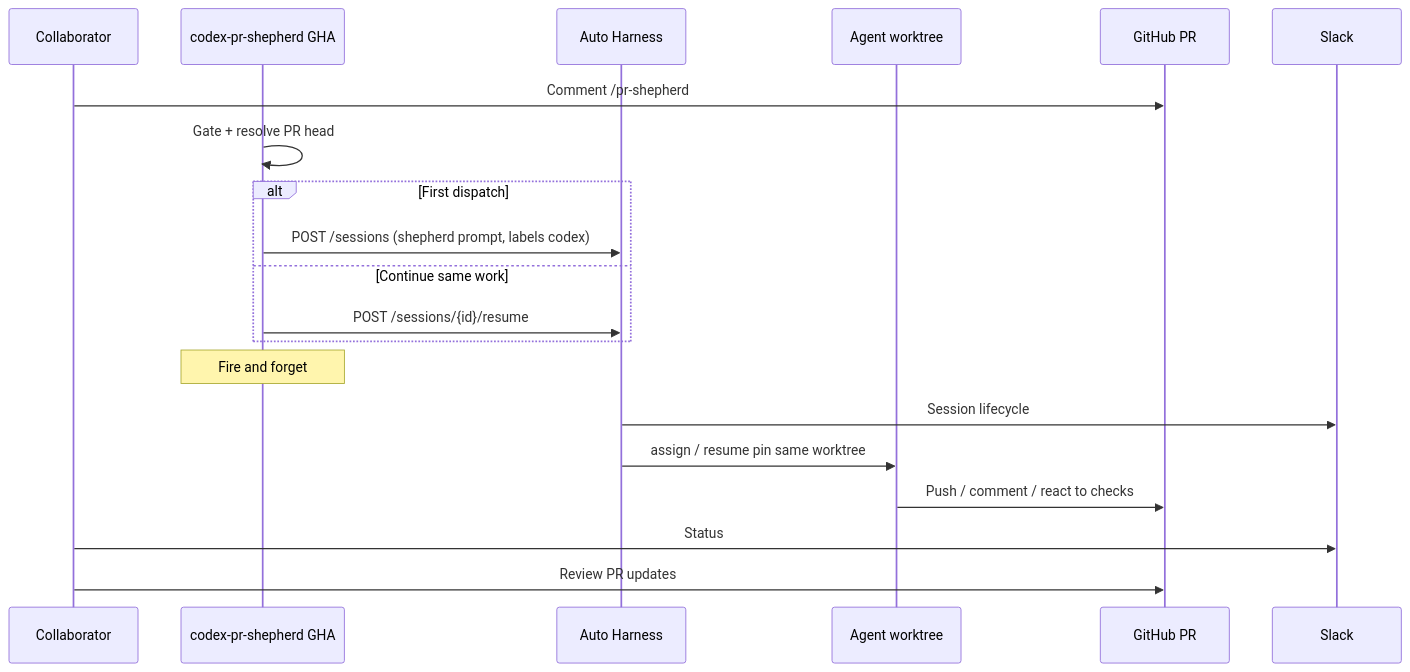
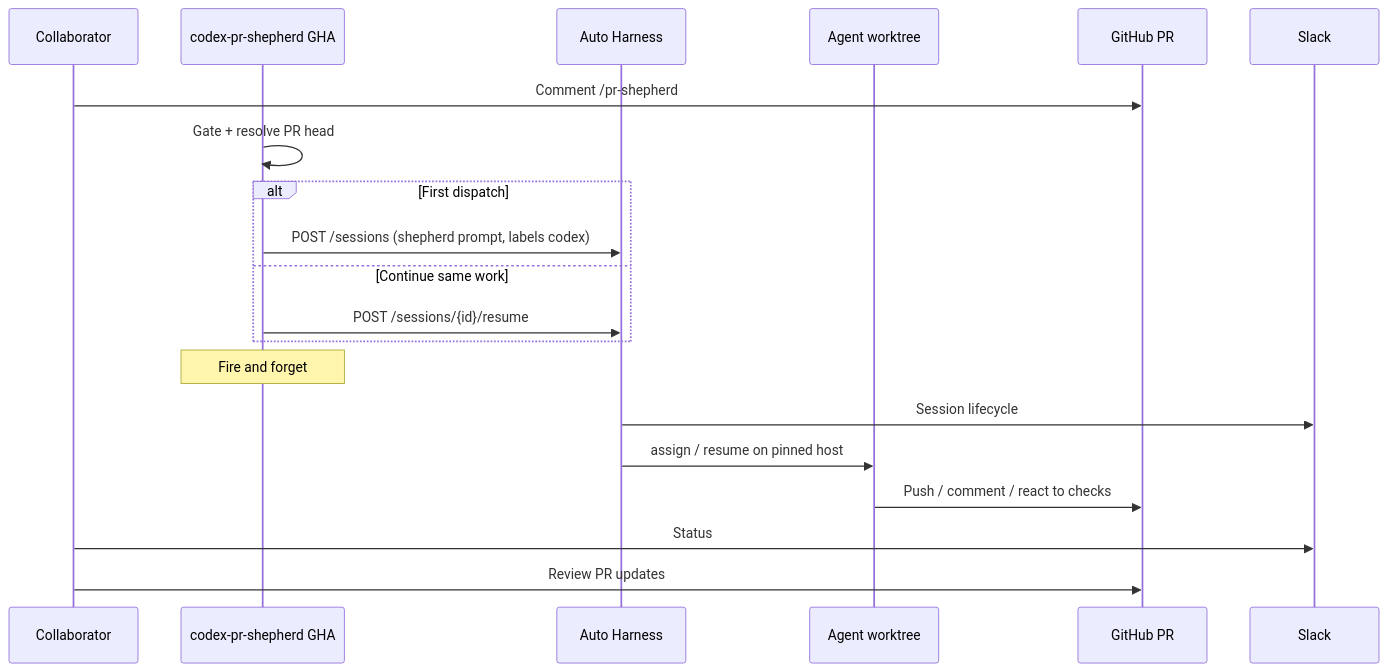
The fifth of 9 diagrams in docs/harness.md (jonathanong/auto-harness), drawn with Mermaid before and after one commit. The commit also changed other lines of this file and 41 other files, not shown here.

````diff
--- a/docs/harness.md
+++ b/docs/harness.md
@@ -215,23 +215,23 @@
 ```mermaid
 sequenceDiagram
   participant Dev as Collaborator
   participant GHA as codex-pr-shepherd GHA
   participant AH as Auto Harness
   participant Agent as Agent worktree
   participant PR as GitHub PR
   participant Slack as Slack
 
   Dev->>PR: Comment /pr-shepherd
   GHA->>GHA: Gate + resolve PR head
   alt First dispatch
     GHA->>AH: POST /sessions (shepherd prompt, labels codex)
   else Continue same work
     GHA->>AH: POST /sessions/{id}/resume
   end
   Note over GHA: Fire and forget
   AH->>Slack: Session lifecycle
-  AH->>Agent: assign / resume pin same worktree
+  AH->>Agent: assign / resume on pinned host
   Agent->>PR: Push / comment / react to checks
   Dev->>Slack: Status
   Dev->>PR: Review PR updates
 ```
````
